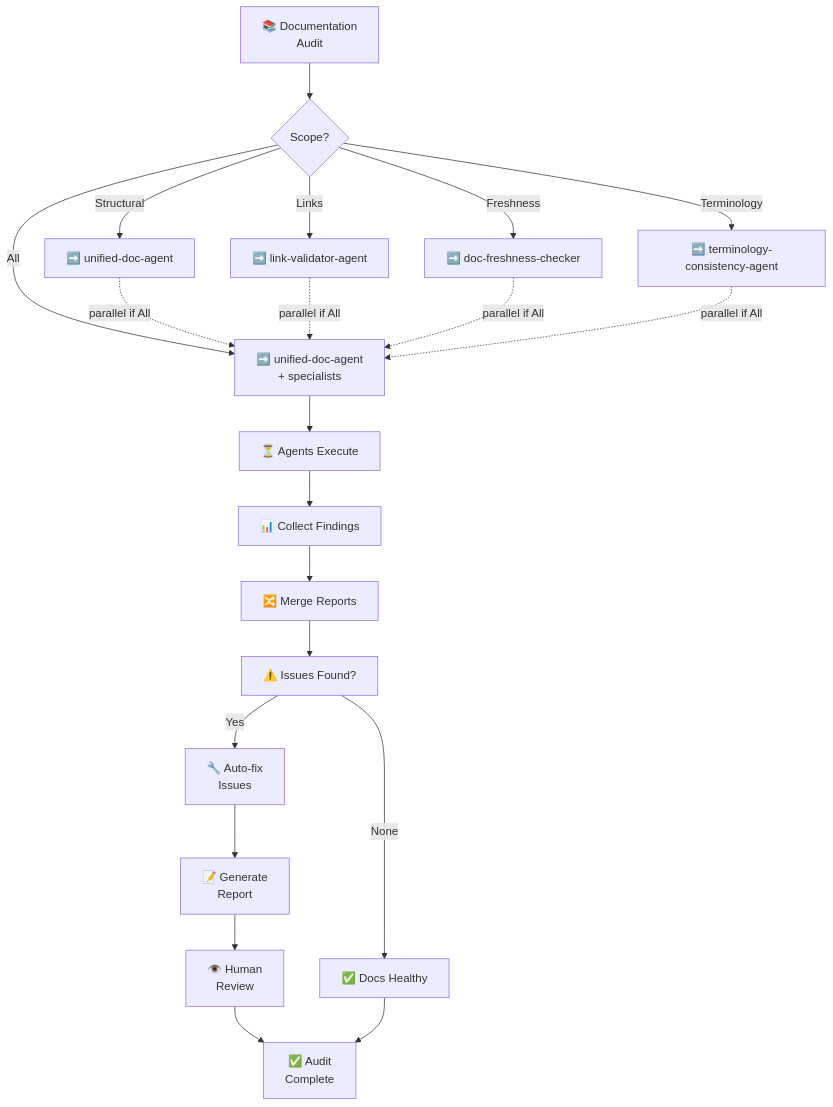
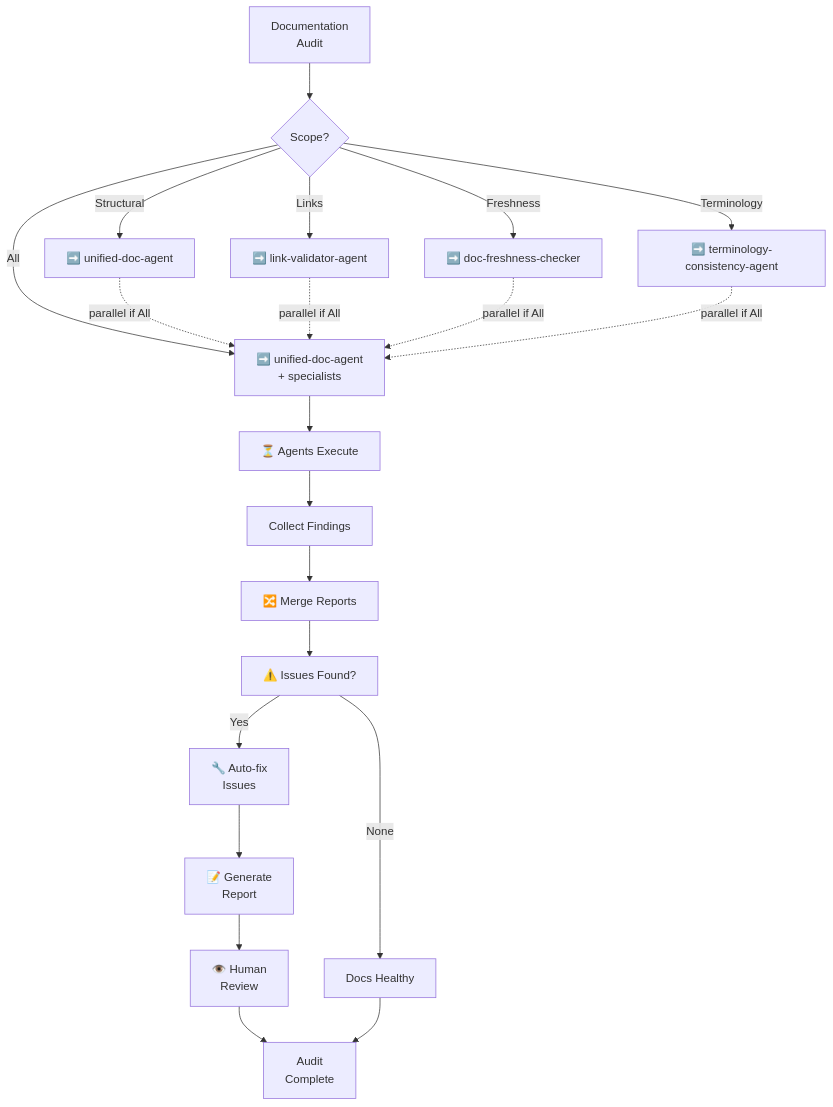
One commit to Aries-Serpent/_codex_ changed the fifth of 10 diagrams in docs/agent/CUSTOM_AGENT_COORDINATION_WORKFLOWS.md. Above: the diagram before and after it, drawn with Mermaid. The commit also changed other lines of this file and 2029 other files, not shown here.

````diff
--- a/docs/agent/CUSTOM_AGENT_COORDINATION_WORKFLOWS.md
+++ b/docs/agent/CUSTOM_AGENT_COORDINATION_WORKFLOWS.md
@@ -237,33 +239,33 @@
 ```mermaid
 graph TD
-    A["📚 Documentation<br/>Audit"] --> B{Scope?}
+    A[" Documentation<br/>Audit"] --> B{Scope?}
 
     B -->|Structural| B1["➡️ unified-doc-agent"]
     B -->|Links| B2["➡️ link-validator-agent"]
     B -->|Freshness| B3["➡️ doc-freshness-checker"]
     B -->|Terminology| B4["➡️ terminology-consistency-agent"]
     B -->|All| B5["➡️ unified-doc-agent<br/>+ specialists"]
 
     B1 -.->|parallel if All| B5
     B2 -.->|parallel if All| B5
     B3 -.->|parallel if All| B5
     B4 -.->|parallel if All| B5
 
     B5 --> C["⏳ Agents Execute"]
 
-    C --> D["📊 Collect Findings"]
+    C --> D[" Collect Findings"]
 
     D --> E["🔀 Merge Reports"]
 
     E --> F["⚠️ Issues Found?"]
 
-    F -->|None| G["✅ Docs Healthy"]
+    F -->|None| G[" Docs Healthy"]
     F -->|Yes| H["🔧 Auto-fix<br/>Issues"]
 
     H --> I["📝 Generate<br/>Report"]
 
     I --> J["👁️ Human<br/>Review"]
 
-    J --> K["✅ Audit<br/>Complete"]
+    J --> K[" Audit<br/>Complete"]
     G --> K
 ```
````
